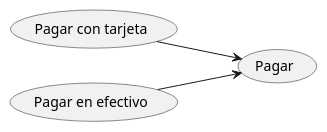
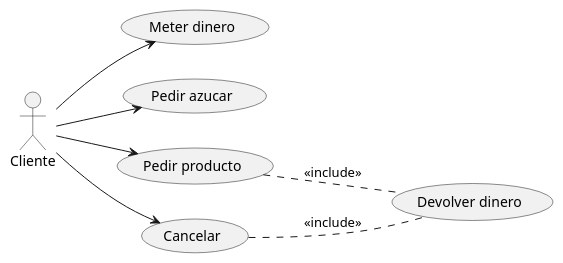
The diagram in src/ClasesDeUso.puml (DanielMiralles12/ClasesDeUso), drawn with PlantUML before and after one commit. The commit also changed 1 other file, not shown here.

```diff
--- a/src/ClasesDeUso.puml
+++ b/src/ClasesDeUso.puml
@@ -1,9 +1,18 @@
 @startuml
 left to right direction
-"Pagar" as (pagar)
-"Pagar con tarjeta" as (tarjeta)
-"Pagar en efectivo" as (efectivo)
+:Cliente:
 
-(tarjeta) --> (pagar)
-(efectivo) --> (pagar)
+"Meter dinero" as (meter)
+"Pedir azucar" as (azucar)
+"Pedir producto" as (producto)
+"Cancelar" as (cancelar)
+"Devolver dinero" as (devolver)
+
+Cliente --> (meter)
+Cliente --> (azucar)
+Cliente --> (producto)
+Cliente --> (cancelar)
+
+(producto) .. (devolver) : <<include>>
+(cancelar) .. (devolver) : <<include>>
 @enduml
```
